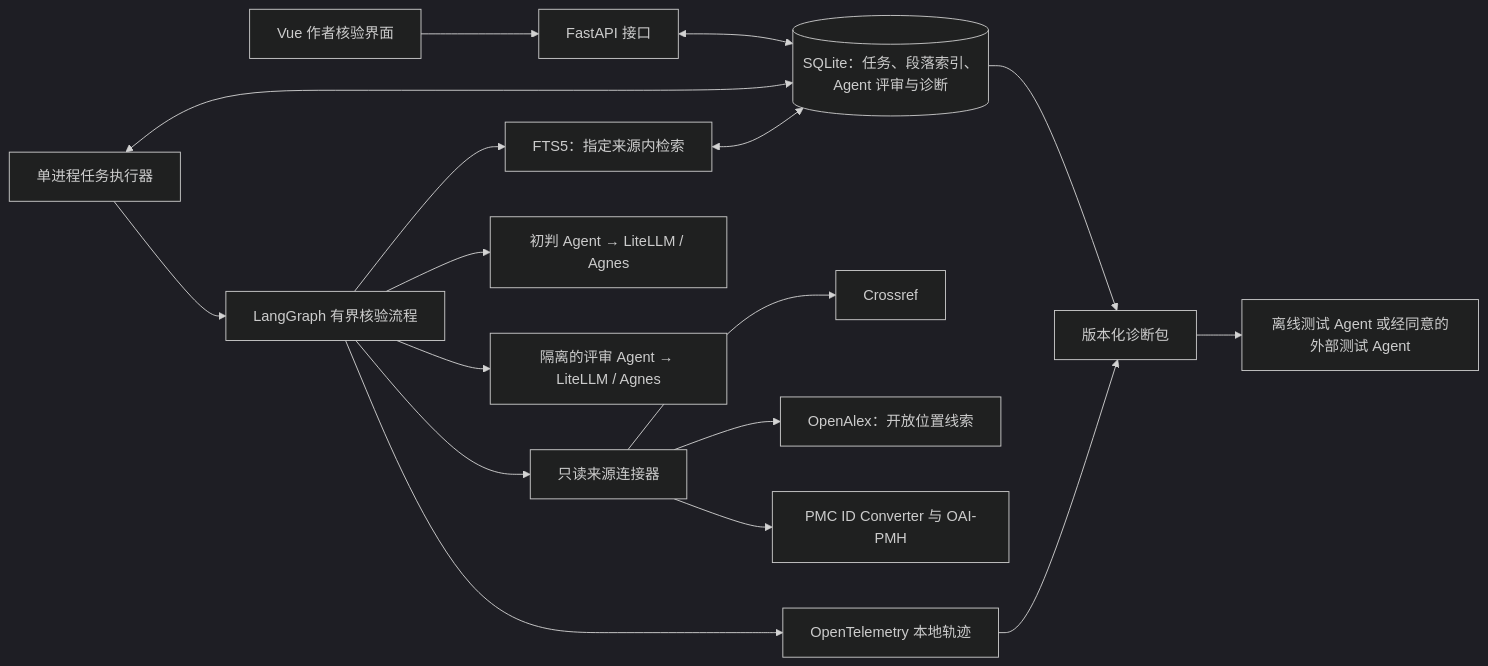
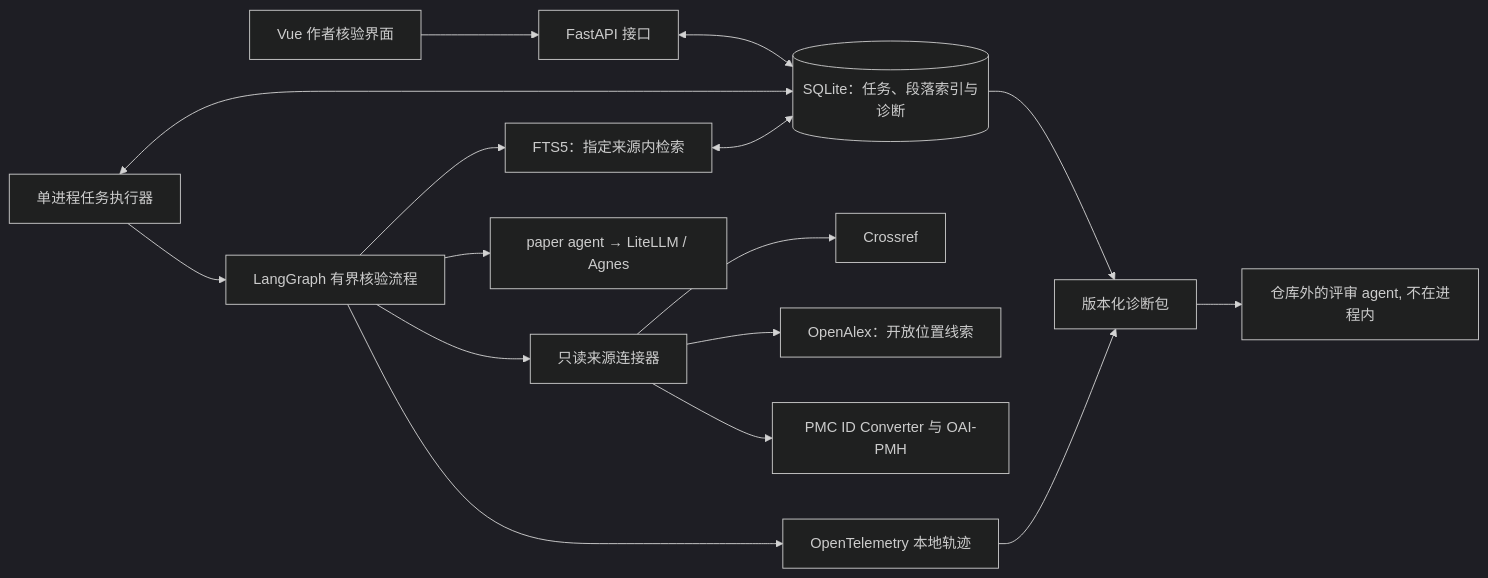
One commit to wynxing/paper-evidence-agent changed the first of 4 diagrams in docs/architecture.md. Above: the diagram before and after it, drawn with Mermaid (dark theme). The commit also changed other lines of this file and 6 other files, not shown here.

First line of the commit message:
docs: keep contest scope to one paper agent

````diff
--- a/docs/architecture.md
+++ b/docs/architecture.md
@@ -16,19 +16,18 @@
 ```mermaid
 flowchart LR
     UI["Vue 作者核验界面"] --> API["FastAPI 接口"]
-    API <--> DB[("SQLite：任务、段落索引、Agent 评审与诊断")]
+    API <--> DB[("SQLite：任务、段落索引与诊断")]
     Worker["单进程任务执行器"] <--> DB
     Worker --> Graph["LangGraph 有界核验流程"]
     Graph --> Sources["只读来源连接器"]
     Sources --> Crossref["Crossref"]
     Sources --> OpenAlex["OpenAlex：开放位置线索"]
     Sources --> PMC["PMC ID Converter 与 OAI-PMH"]
     Graph --> Search["FTS5：指定来源内检索"]
     Search <--> DB
-    Graph --> Initial["初判 Agent → LiteLLM / Agnes"]
-    Graph --> Reviewer["隔离的评审 Agent → LiteLLM / Agnes"]
+    Graph --> Paper["paper agent → LiteLLM / Agnes"]
     Graph --> Trace["OpenTelemetry 本地轨迹"]
     DB --> Packet["版本化诊断包"]
     Trace --> Packet
-    Packet --> TestAgent["离线测试 Agent 或经同意的外部测试 Agent"]
+    Packet --> External["仓库外的评审 agent, 不在进程内"]
 ```
````
